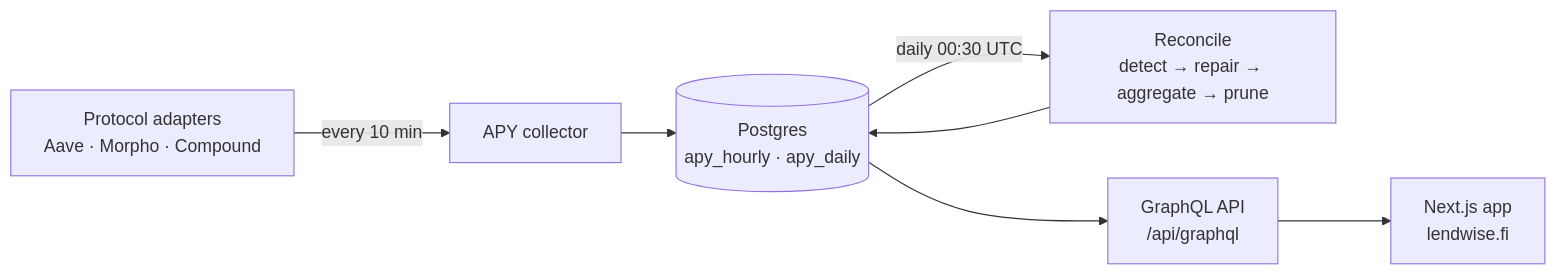
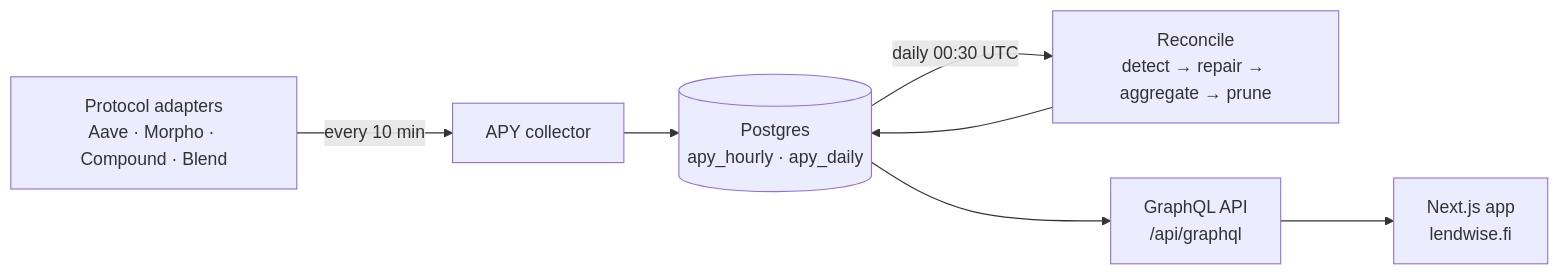
One commit to cedricmagne/lendwise changed the diagram in README.md. Above: the diagram before and after it, drawn with Mermaid. The commit also changed other lines of this file and 1 other file, not shown here.

Commit message:
chore: update markdown files with Stellar and Blend infos

````diff
--- a/README.md
+++ b/README.md
@@ -69,9 +70,9 @@
 ```mermaid
 flowchart LR
-    A["Protocol adapters<br/>Aave · Morpho · Compound"] -->|"every 10 min"| B["APY collector"]
+    A["Protocol adapters<br/>Aave · Morpho · Compound · Blend"] -->|"every 10 min"| B["APY collector"]
     B --> C[("Postgres<br/>apy_hourly · apy_daily")]
     C -->|"daily 00:30 UTC"| D["Reconcile<br/>detect → repair → aggregate → prune"]
     D --> C
     C --> E["GraphQL API<br/>/api/graphql"]
     E --> F["Next.js app<br/>lendwise.fi"]
 ```
````
